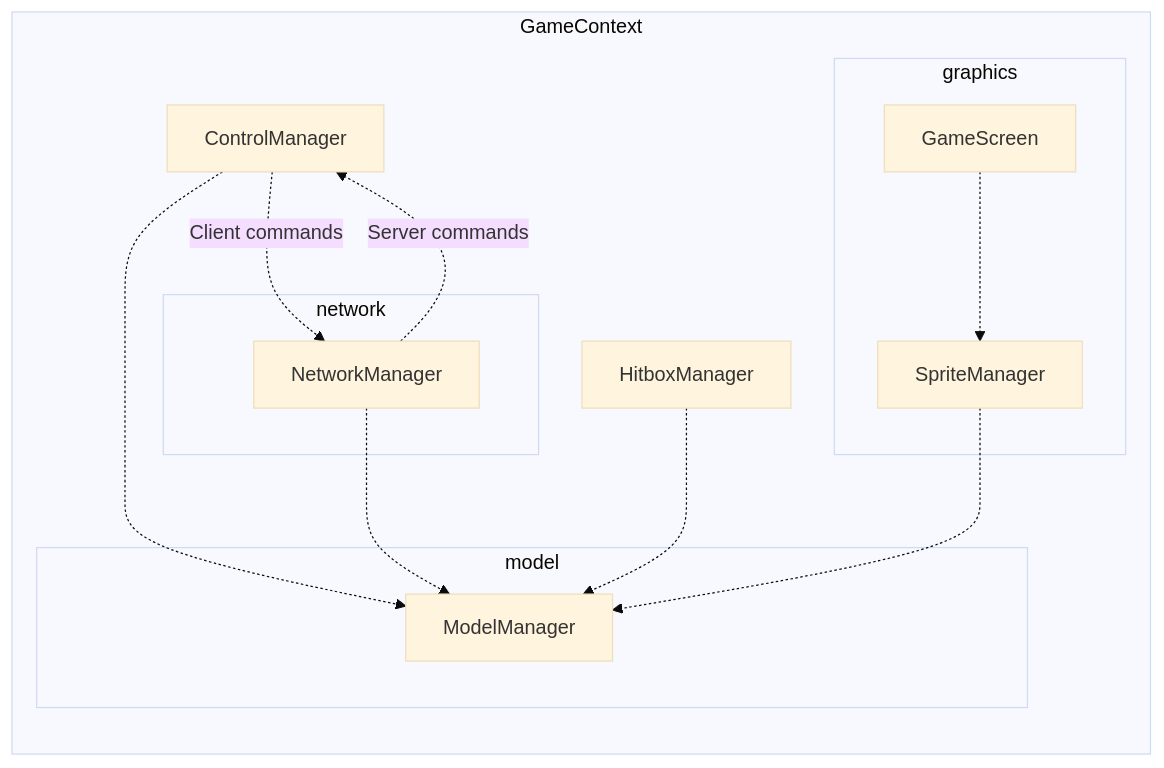
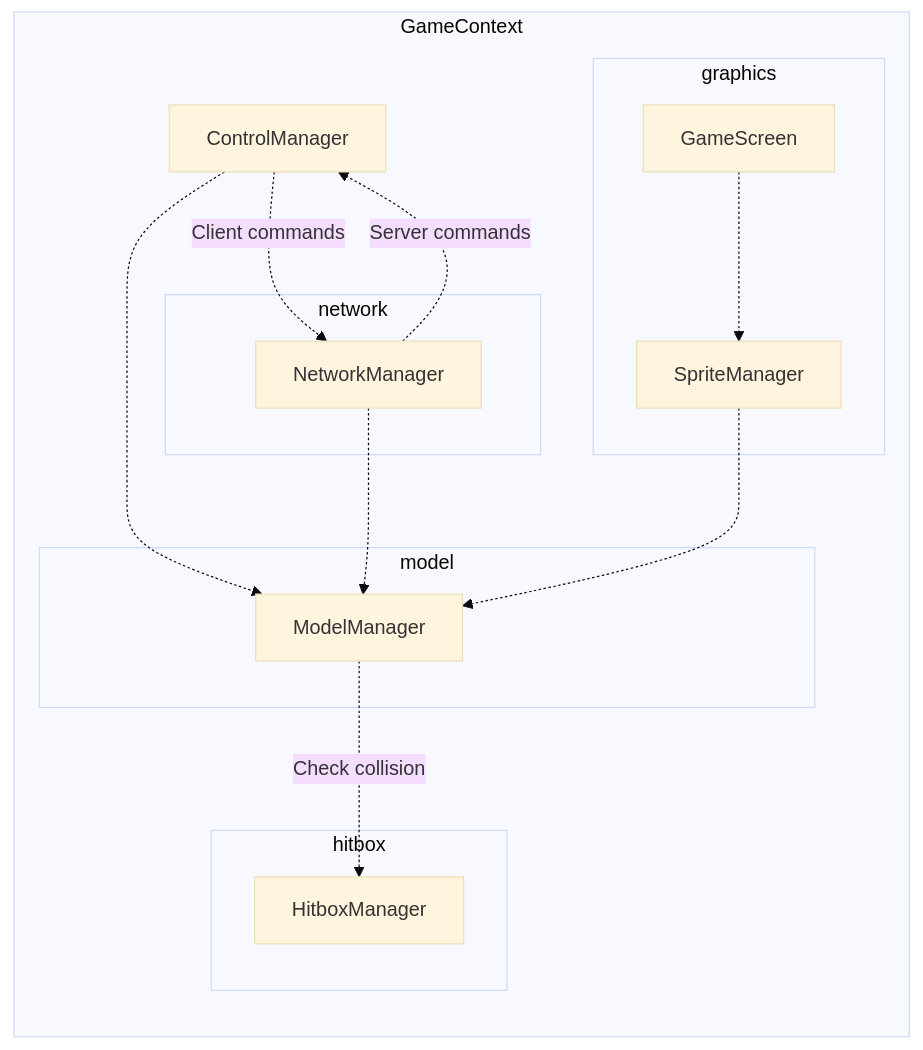
One commit to nathan-nguyen/console-color changed the diagram in README.md. Above: the diagram before and after it, drawn with Mermaid (base theme). The commit also changed 5 other files, not shown here.

````diff
--- a/README.md
+++ b/README.md
@@ -18,25 +18,29 @@
 ```mermaid
 graph LR
   subgraph GameContext
     subgraph model
       ModelManager
     end
 
     subgraph network
       NetworkManager
     end
 
+    subgraph hitbox
+      HitboxManager
+    end
+
     subgraph graphics
       GameScreen -.-> SpriteManager;
     end
 
     ControlManager -.-> |Client commands| NetworkManager;
     NetworkManager -.-> |Server commands| ControlManager;
     ControlManager -.-> ModelManager;
     NetworkManager -.-> ModelManager;
 
-    HitboxManager -.-> ModelManager
+    ModelManager -.-> |Check collision| HitboxManager
 
     SpriteManager -.-> ModelManager;
   end
 ```
````
